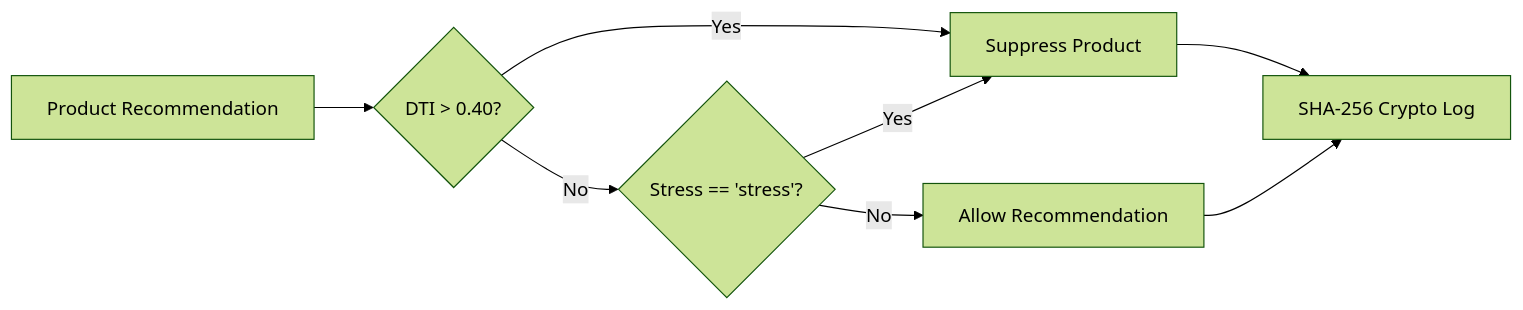
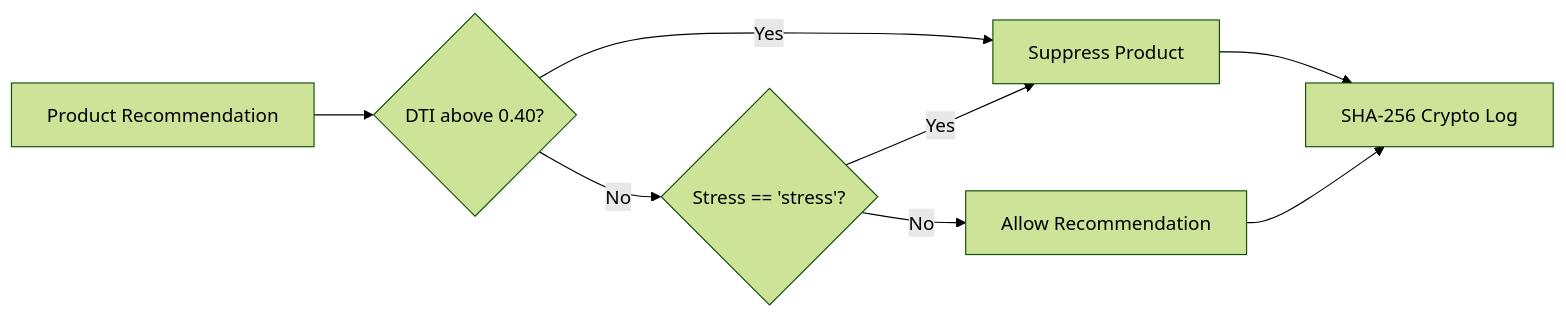
Before and after one commit to Neutron-0/ABC-Bank: the third of 4 diagrams in docs/security/overview.md, drawn with Mermaid (forest theme). The commit also changed other lines of this file and 33 other files, not shown here.

````diff
--- a/docs/security/overview.md
+++ b/docs/security/overview.md
@@ -94,18 +93,18 @@
 ```mermaid
 flowchart LR
     Rec["Product Recommendation"]
-    DTI{"DTI > 0.40?"}
+    DTI{"DTI above 0.40?"}
     Stress{"Stress == 'stress'?"}
     Suppress["Suppress Product"]
     Allow["Allow Recommendation"]
     Log["SHA-256 Crypto Log"]
     
     Rec --> DTI
     DTI -- "Yes" --> Suppress
     DTI -- "No" --> Stress
     Stress -- "Yes" --> Suppress
     Stress -- "No" --> Allow
     
     Suppress --> Log
     Allow --> Log
 ```
````
